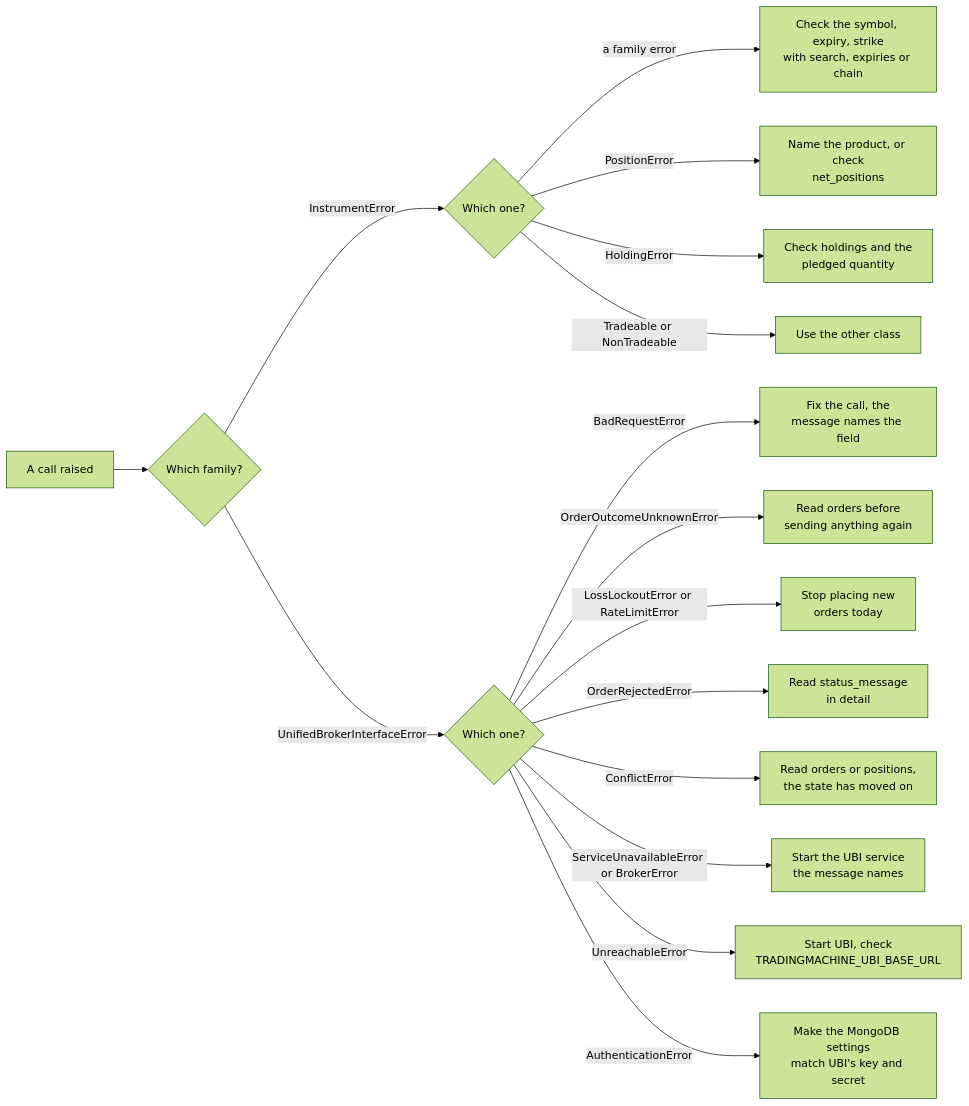
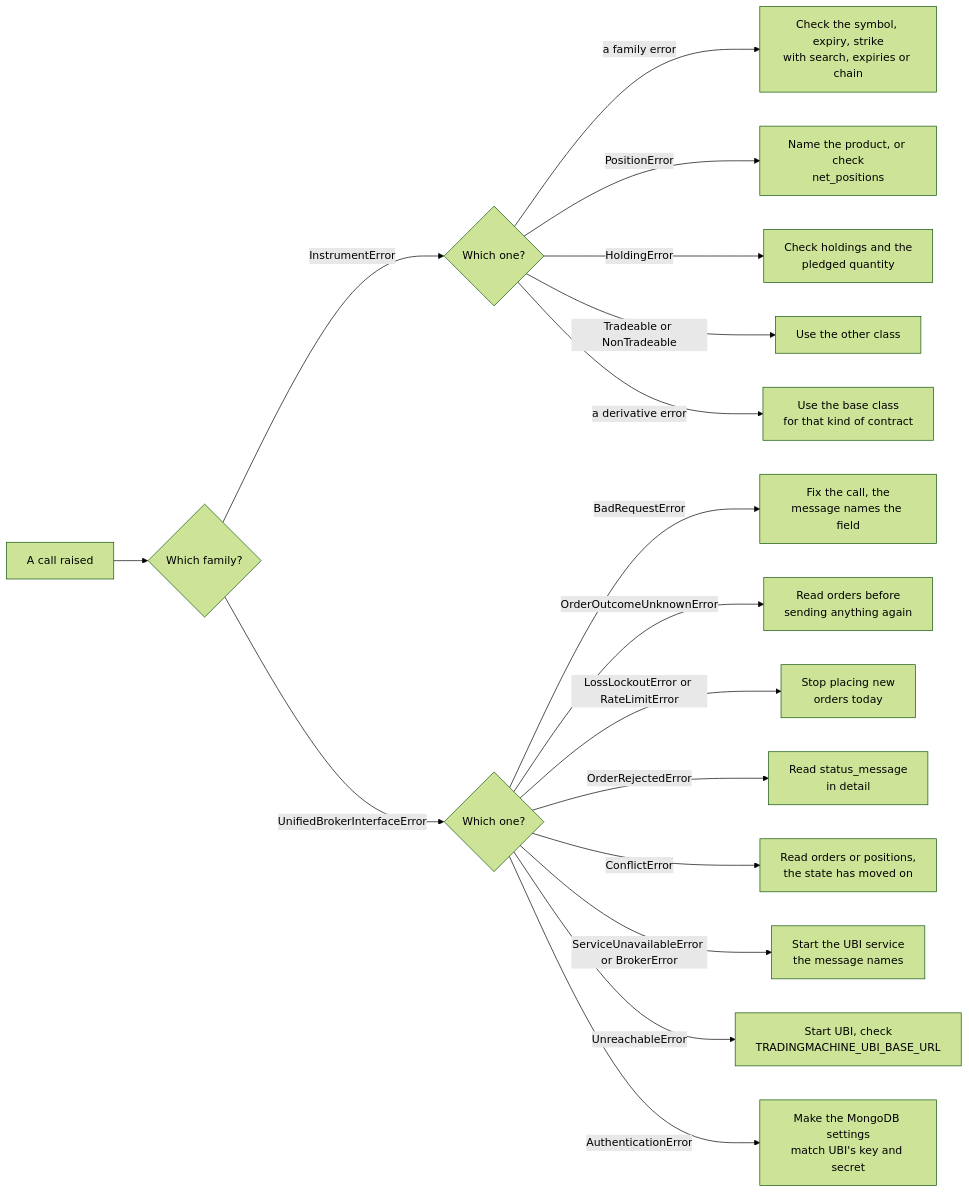
One commit to pramodathani/tradingmachine changed the third of 3 diagrams in docs/python-api/errors.md. Above: the diagram before and after it, drawn with Mermaid (forest theme). The commit also changed other lines of this file and 16 other files, not shown here.

First line of the commit message:
Document the derivative base classes on the site

````diff
--- a/docs/python-api/errors.md
+++ b/docs/python-api/errors.md
@@ -127,18 +136,19 @@
 ```mermaid
 flowchart LR
     A["A call raised"] --> B{"Which family?"}
     B -- "InstrumentError" --> C{"Which one?"}
     C -- "a family error" --> C1["Check the symbol, expiry, strike<br/>with search, expiries or chain"]
     C -- "PositionError" --> C2["Name the product, or check<br/>net_positions"]
     C -- "HoldingError" --> C3["Check holdings and the<br/>pledged quantity"]
     C -- "Tradeable or NonTradeable" --> C4["Use the other class"]
+    C -- "a derivative error" --> C5["Use the base class<br/>for that kind of contract"]
     B -- "UnifiedBrokerInterfaceError" --> D{"Which one?"}
     D -- "BadRequestError" --> D1["Fix the call, the<br/>message names the field"]
     D -- "OrderOutcomeUnknownError" --> D2["Read orders before<br/>sending anything again"]
     D -- "LossLockoutError or RateLimitError" --> D3["Stop placing new<br/>orders today"]
     D -- "OrderRejectedError" --> D4["Read status_message<br/>in detail"]
     D -- "ConflictError" --> D5["Read orders or positions,<br/>the state has moved on"]
     D -- "ServiceUnavailableError or BrokerError" --> D6["Start the UBI service<br/>the message names"]
     D -- "UnreachableError" --> D7["Start UBI, check<br/>TRADINGMACHINE_UBI_BASE_URL"]
     D -- "AuthenticationError" --> D9["Make the MongoDB settings<br/>match UBI's key and secret"]
 ```
````
